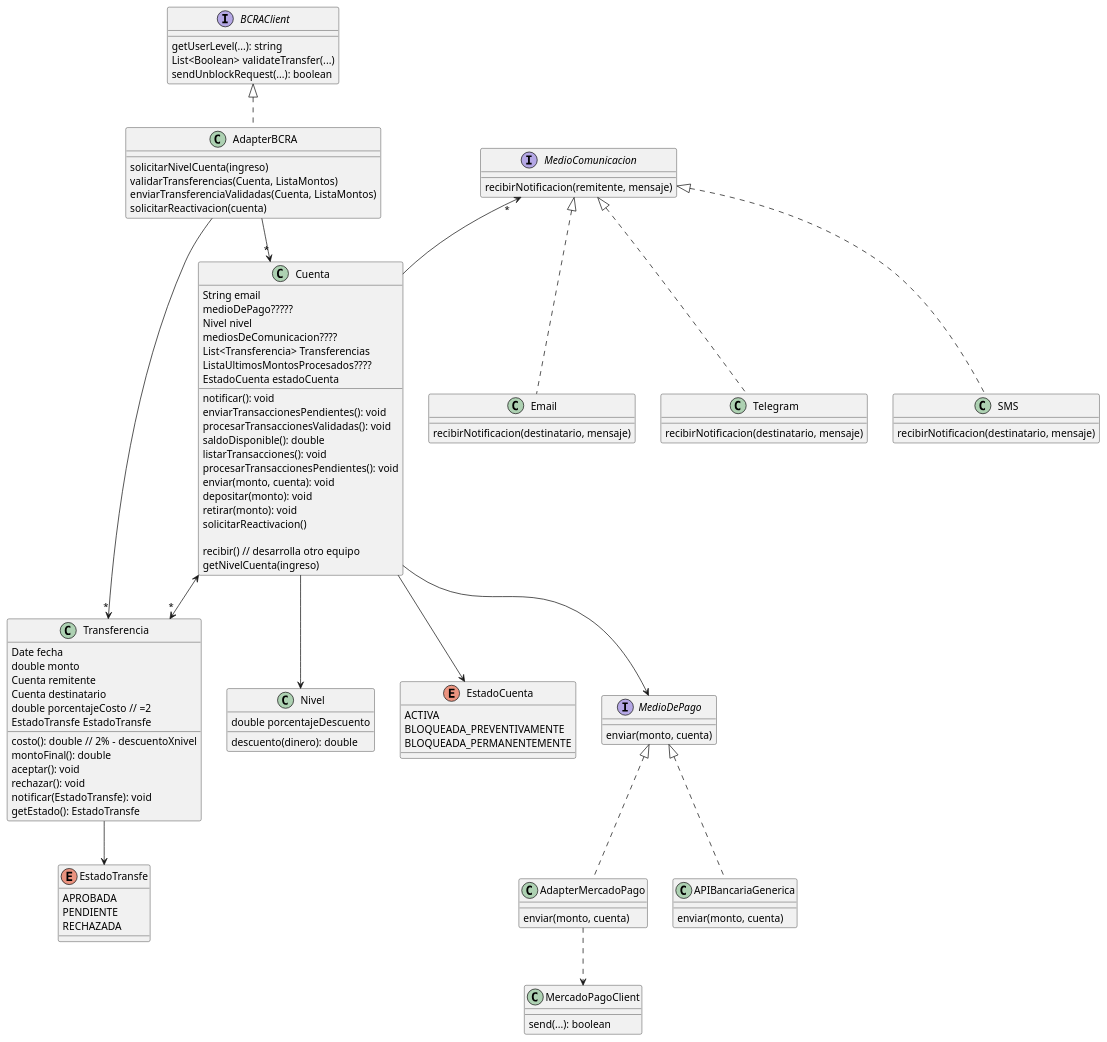
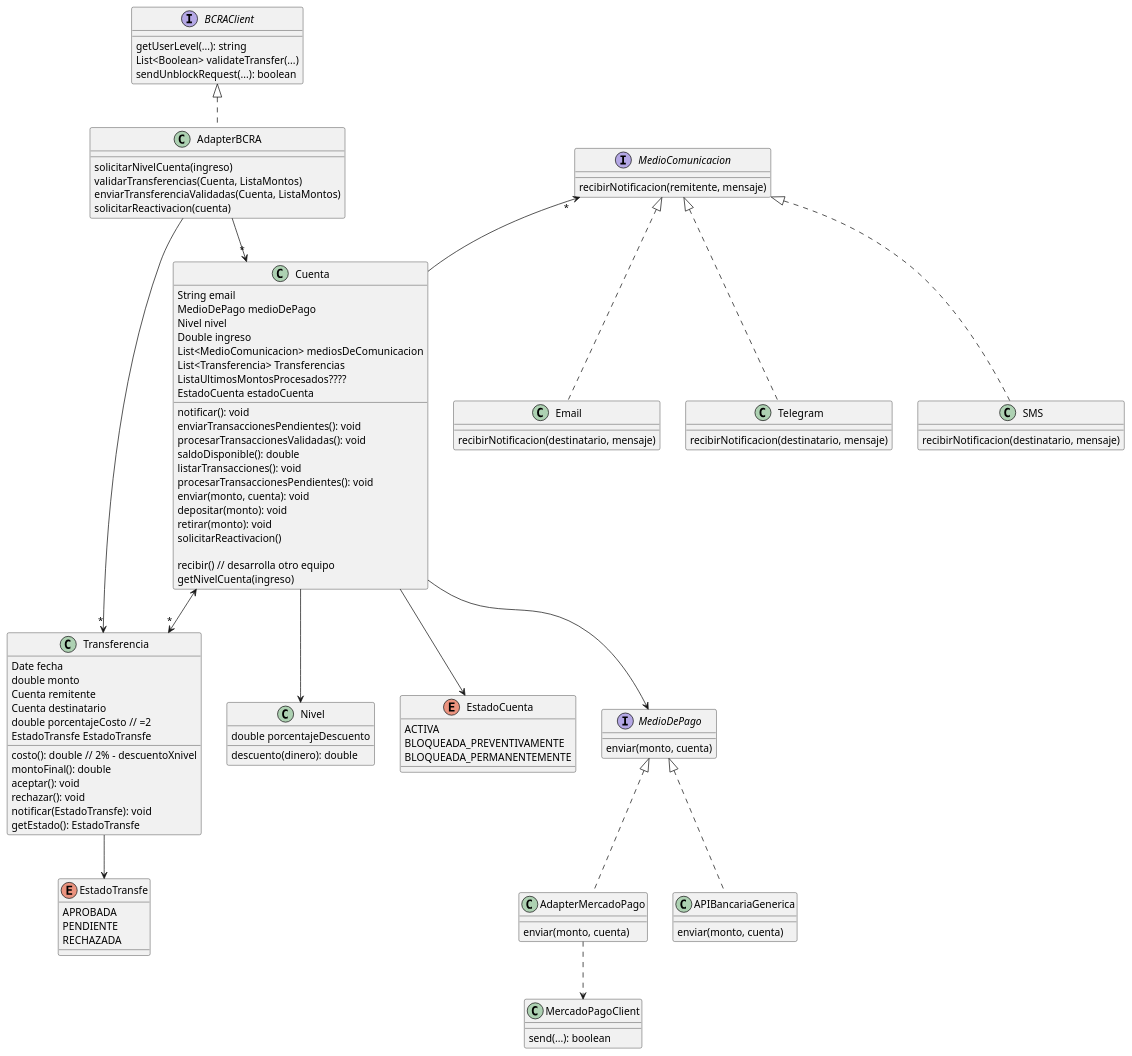
The diagram in src/main/java/PaiPan_Corregido/PaiPan_Diagrama.puml (NicolasOcchi/DDS-1ros-Parciales), drawn with PlantUML before and after one commit. The commit also changed 1 other file, not shown here.

```diff
--- a/src/main/java/PaiPan_Corregido/PaiPan_Diagrama.puml
+++ b/src/main/java/PaiPan_Corregido/PaiPan_Diagrama.puml
@@ -1,117 +1,118 @@
 @startuml
 class Cuenta{
     String email
-    medioDePago?????
+    MedioDePago medioDePago
     Nivel nivel
-    mediosDeComunicacion????
+    Double ingreso
+    List<MedioComunicacion> mediosDeComunicacion
     List<Transferencia> Transferencias
     ListaUltimosMontosProcesados????
     EstadoCuenta estadoCuenta
     notificar(): void
     enviarTransaccionesPendientes(): void
     procesarTransaccionesValidadas(): void
     saldoDisponible(): double
     listarTransacciones(): void
     procesarTransaccionesPendientes(): void
     enviar(monto, cuenta): void
     depositar(monto): void
     retirar(monto): void
     solicitarReactivacion()
 
     recibir() // desarrolla otro equipo
 
 
     getNivelCuenta(ingreso)
 }
 
 Cuenta --> MedioDePago
 Cuenta <-->"*" Transferencia
 Cuenta --> Nivel
 Cuenta --> EstadoCuenta
 
 'se crearán 3 instancias, 1 por cada nivel con su respectivo porcentaje
 class Nivel{
     double porcentajeDescuento
     descuento(dinero): double
 }
 
 interface MedioDePago{
     enviar(monto, cuenta)
 }
 
 class APIBancariaGenerica implements MedioDePago {
     enviar(monto, cuenta)
 }
 
 class AdapterMercadoPago implements MedioDePago{
     enviar(monto, cuenta)
 }
 AdapterMercadoPago ..> MercadoPagoClient
 
 class MercadoPagoClient{
     send(...): boolean
 }
 
 class Transferencia{
     Date fecha
     double monto
     Cuenta remitente
     Cuenta destinatario
     double porcentajeCosto // =2
     EstadoTransfe EstadoTransfe
 
     costo(): double // 2% - descuentoXnivel
     montoFinal(): double
     aceptar(): void
     rechazar(): void
     notificar(EstadoTransfe): void
     getEstado(): EstadoTransfe
 }
 
 Transferencia --> EstadoTransfe
 
 enum EstadoTransfe{
     APROBADA
     PENDIENTE
     RECHAZADA
 }
 
 enum EstadoCuenta{
 ACTIVA
 BLOQUEADA_PREVENTIVAMENTE
 BLOQUEADA_PERMANENTEMENTE
 }
 
 interface BCRAClient{
     getUserLevel(...): string
     List<Boolean> validateTransfer(...)
     sendUnblockRequest(...): boolean
 }
 
 class AdapterBCRA implements BCRAClient{
     solicitarNivelCuenta(ingreso)
     validarTransferencias(Cuenta, ListaMontos)
     enviarTransferenciaValidadas(Cuenta, ListaMontos)
     solicitarReactivacion(cuenta)
 }
 
 AdapterBCRA -->"*" Transferencia
 AdapterBCRA -->"*" Cuenta
 
 MedioComunicacion "*"<-- Cuenta
 
 interface MedioComunicacion{
     recibirNotificacion(remitente, mensaje)
 }
 
 class Telegram implements MedioComunicacion{
     recibirNotificacion(destinatario, mensaje)
 }
 class SMS implements MedioComunicacion{
     recibirNotificacion(destinatario, mensaje)
 }
 class Email implements MedioComunicacion{
     recibirNotificacion(destinatario, mensaje)
 }
 
 @enduml
```
